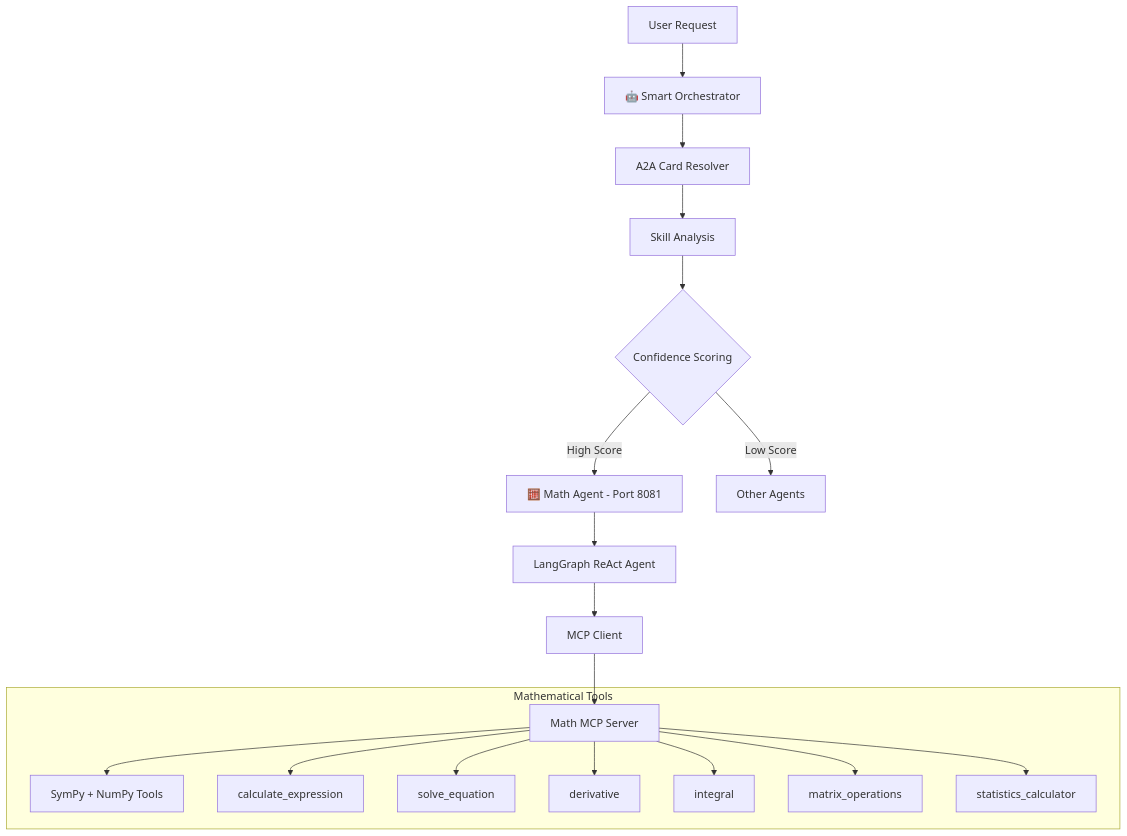
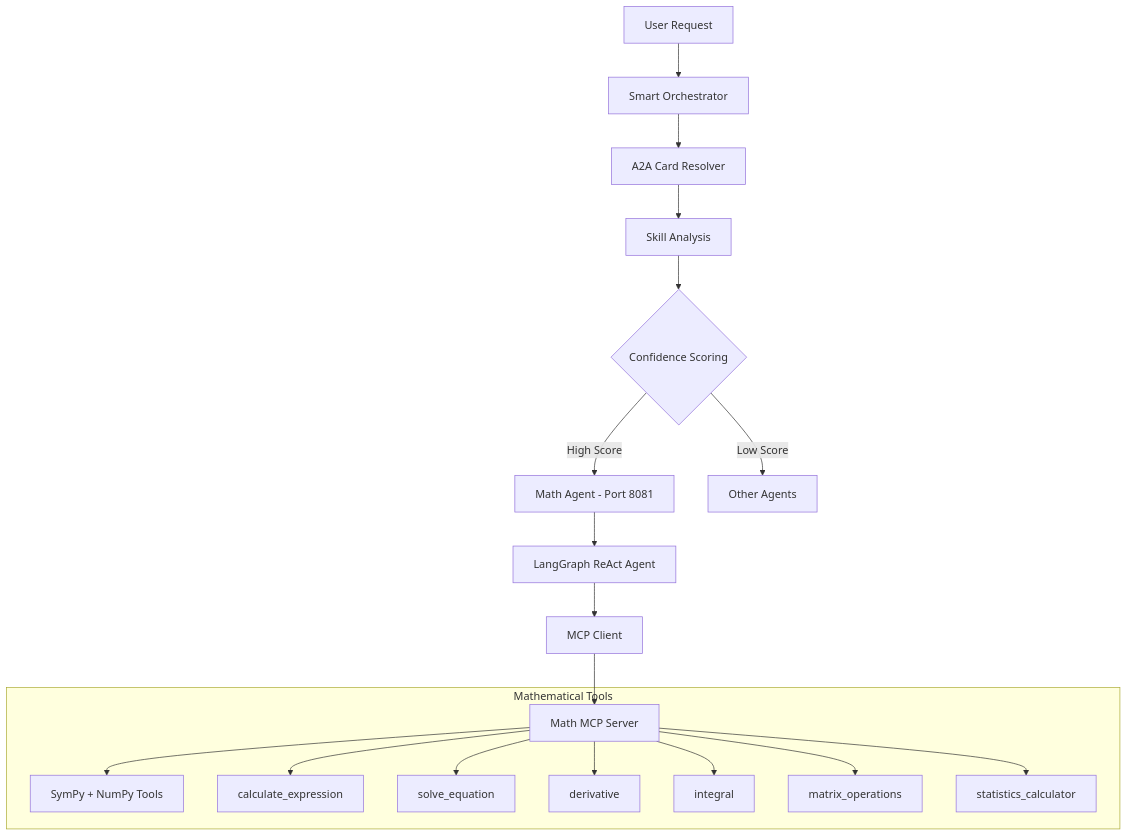
The diagram in mathAgent/README.md (nayanika2304/multi-agent-orchestration), drawn with Mermaid before and after one commit. The commit also changed other lines of this file and 17 other files, not shown here.

````diff
--- a/mathAgent/README.md
+++ b/mathAgent/README.md
@@ -27,31 +27,31 @@
 ```mermaid
 graph TD
-    A[User Request] --> B[🤖 Smart Orchestrator]
+    A[User Request] --> B[ Smart Orchestrator]
     B --> C[A2A Card Resolver]
     C --> D[Skill Analysis]
     D --> E{Confidence Scoring}
-    E -->|High Score| F[🧮 Math Agent - Port 8081]
+    E -->|High Score| F[ Math Agent - Port 8081]
     E -->|Low Score| G[Other Agents]
     
     F --> H[LangGraph ReAct Agent]
     H --> I[MCP Client]
     I --> J[Math MCP Server]
     J --> K[SymPy + NumPy Tools]
     J --> L
     J --> M
     J --> N
     J --> O
     J --> P
     J --> Q
     
     subgraph "Mathematical Tools"
         J
         K
         L[calculate_expression]
         M[solve_equation]
         N[derivative]
         O[integral]
         P[matrix_operations]
         Q[statistics_calculator]
     end
 ```
````
